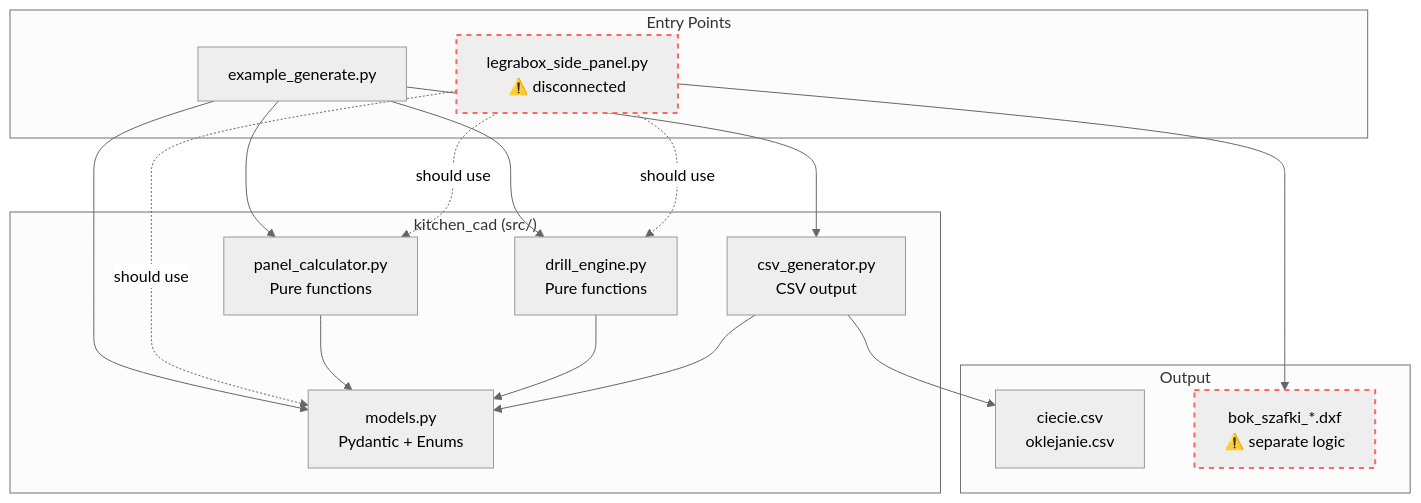
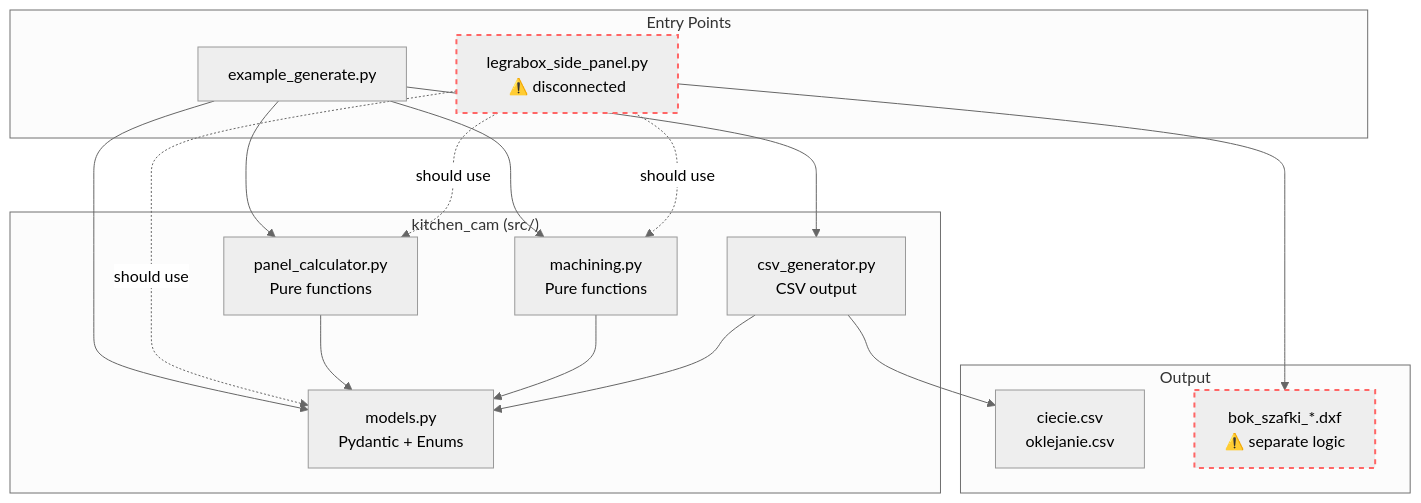
Before and after one commit to m1981/kuchnie: the first of 13 diagrams in kitchen-cam/docs/architecture.md, drawn with Mermaid (neutral theme). The commit also changed other lines of this file and 5 other files, not shown here.

First line of the commit message:
docs: fix stale kitchen-cad → kitchen-cam references (U4-U9)

````diff
--- a/kitchen-cam/docs/architecture.md
+++ b/kitchen-cam/docs/architecture.md
@@ -18,38 +18,38 @@
 ```mermaid
 graph TB
     subgraph "Entry Points"
         EX[example_generate.py]
         LBP[legrabox_side_panel.py<br/>⚠️ disconnected]
     end
 
-    subgraph "kitchen_cad (src/)"
+    subgraph "kitchen_cam (src/)"
         M[models.py<br/>Pydantic + Enums]
         PC[panel_calculator.py<br/>Pure functions]
-        DE[drill_engine.py<br/>Pure functions]
+        DE[machining.py<br/>Pure functions]
         CSV[csv_generator.py<br/>CSV output]
     end
 
     subgraph "Output"
         CSVF[ciecie.csv<br/>oklejanie.csv]
         DXFF[bok_szafki_*.dxf<br/>⚠️ separate logic]
     end
 
     EX --> M
     EX --> PC
     EX --> DE
     EX --> CSV
 
     LBP -.->|should use| M
     LBP -.->|should use| PC
     LBP -.->|should use| DE
     LBP --> DXFF
 
     PC --> M
     DE --> M
     CSV --> M
 
     CSV --> CSVF
 
     style LBP stroke:#f66,stroke-width:2px,stroke-dasharray: 5 5
     style DXFF stroke:#f66,stroke-width:2px,stroke-dasharray: 5 5
 ```
````
